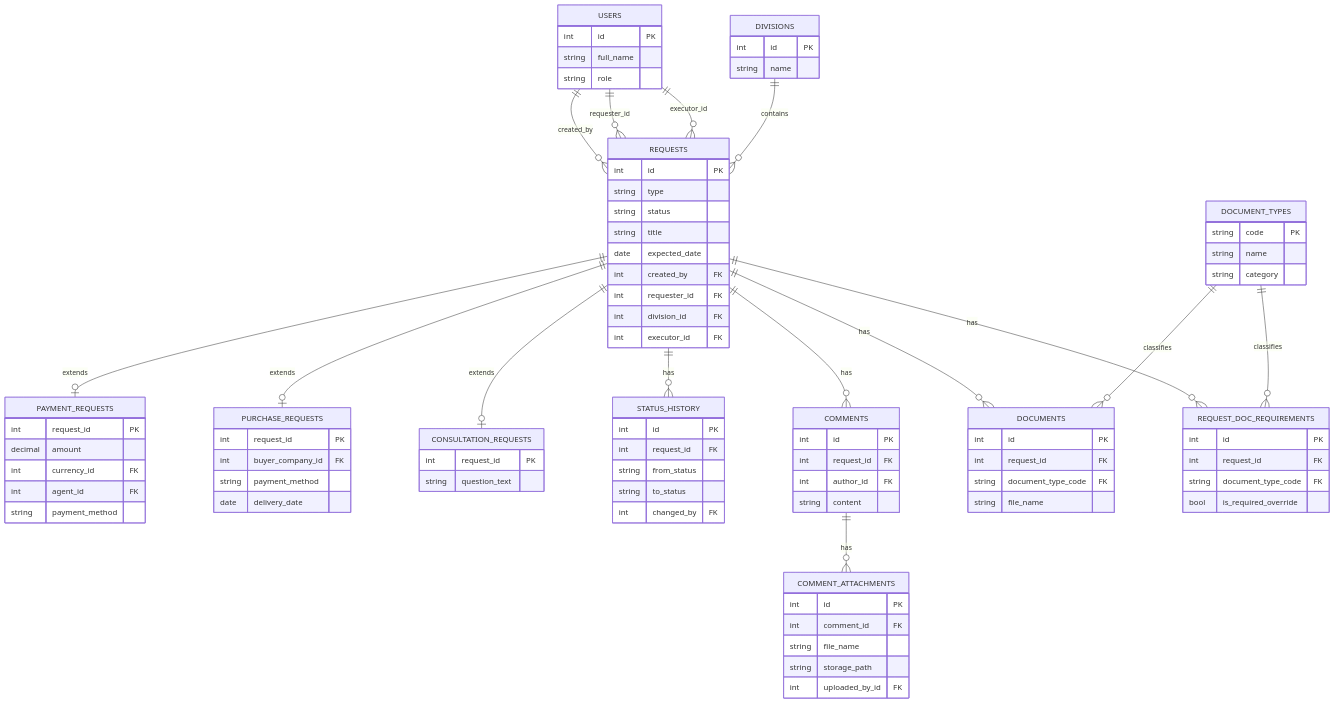
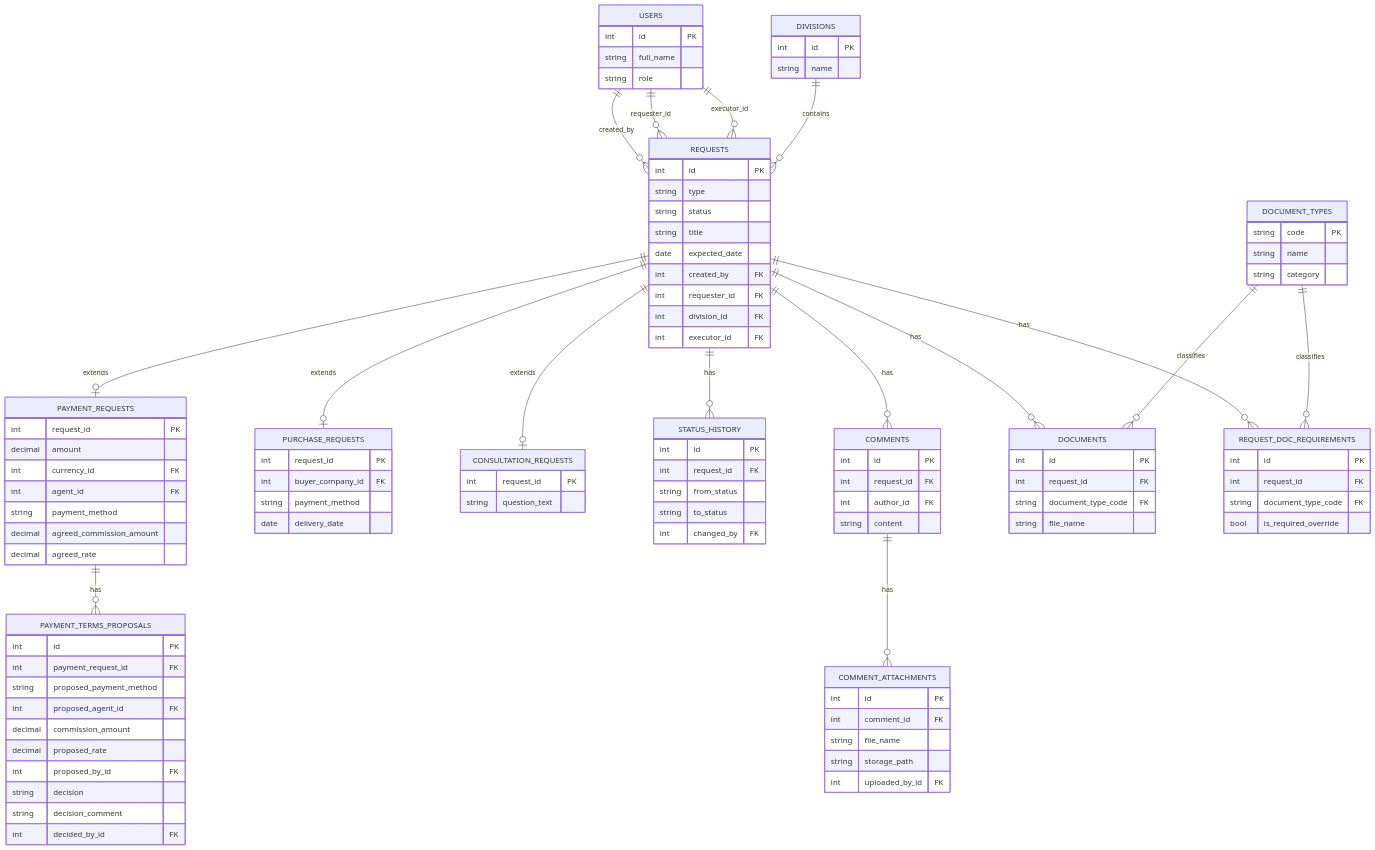
One commit to srg888/PayTracker_Vault changed the first of 2 diagrams in 06. Данные/ER модель.md. Above: the diagram before and after it, drawn with Mermaid. The commit also changed other lines of this file and 18 other files, not shown here.

```diff
--- a/06. Данные/ER модель.md
+++ b/06. Данные/ER модель.md
@@ -20,6 +20,7 @@
   REQUESTS ||--o{ DOCUMENTS : has
   REQUESTS ||--o{ REQUEST_DOC_REQUIREMENTS : has
   COMMENTS ||--o{ COMMENT_ATTACHMENTS : has
+  PAYMENT_REQUESTS ||--o{ PAYMENT_TERMS_PROPOSALS : has
   DOCUMENT_TYPES ||--o{ DOCUMENTS : classifies
   DOCUMENT_TYPES ||--o{ REQUEST_DOC_REQUIREMENTS : classifies
 
@@ -49,6 +50,8 @@
     int currency_id FK
     int agent_id FK
     string payment_method
+    decimal agreed_commission_amount
+    decimal agreed_rate
   }
   PURCHASE_REQUESTS {
     int request_id PK
@@ -80,6 +83,18 @@
     string storage_path
     int uploaded_by_id FK
   }
+  PAYMENT_TERMS_PROPOSALS {
+    int id PK
+    int payment_request_id FK
+    string proposed_payment_method
+    int proposed_agent_id FK
+    decimal commission_amount
+    decimal proposed_rate
+    int proposed_by_id FK
+    string decision
+    string decision_comment
+    int decided_by_id FK
+  }
   DOCUMENT_TYPES {
     string code PK
     string name
```
